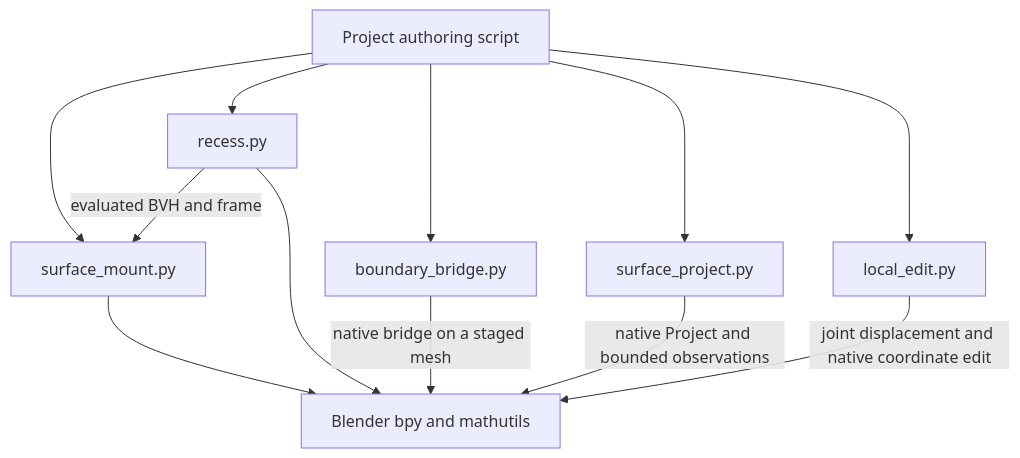
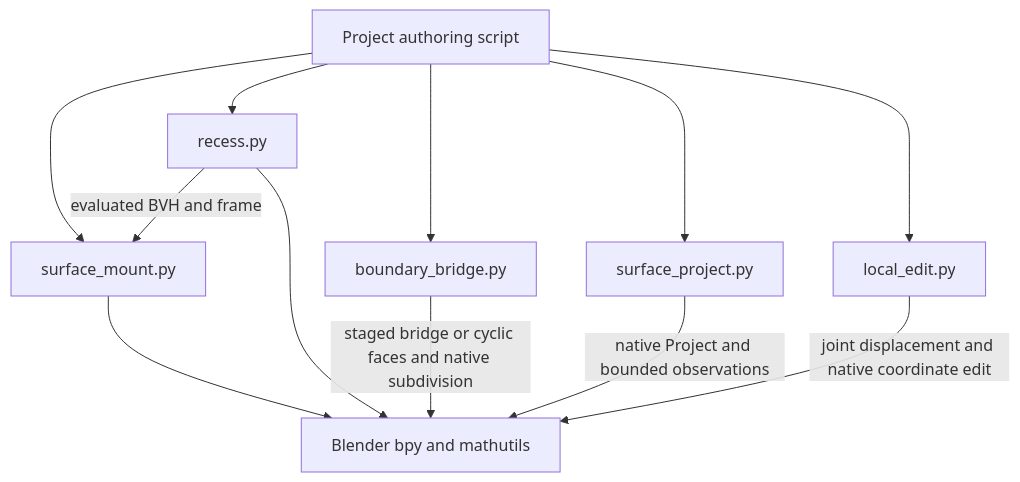
One commit to ictseoyoungmin/refas changed the second of 2 diagrams in docs/development/refas-2-skill-map.md. Above: the diagram before and after it, drawn with Mermaid. The commit also changed other lines of this file and 8 other files, not shown here.

````diff
--- a/docs/development/refas-2-skill-map.md
+++ b/docs/development/refas-2-skill-map.md
@@ -51,14 +51,14 @@
 ```mermaid
 flowchart TD
     Script["Project authoring script"] --> Mount["surface_mount.py"]
     Script --> Recess["recess.py"]
     Script --> Bridge["boundary_bridge.py"]
     Script --> Projection["surface_project.py"]
     Script --> Local["local_edit.py"]
     Recess -- "evaluated BVH and frame" --> Mount
     Mount --> Blender["Blender bpy and mathutils"]
     Recess --> Blender
-    Bridge -- "native bridge on a staged mesh" --> Blender
+    Bridge -- "staged bridge or cyclic faces and native subdivision" --> Blender
     Projection -- "native Project and bounded observations" --> Blender
     Local -- "joint displacement and native coordinate edit" --> Blender
 ```
````
